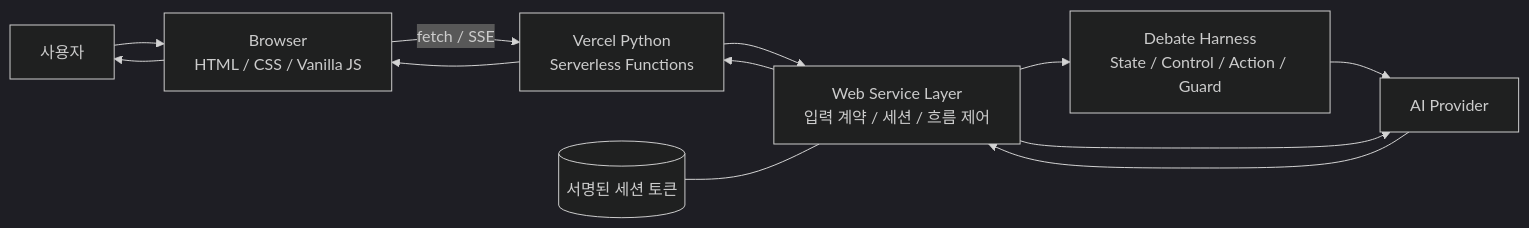
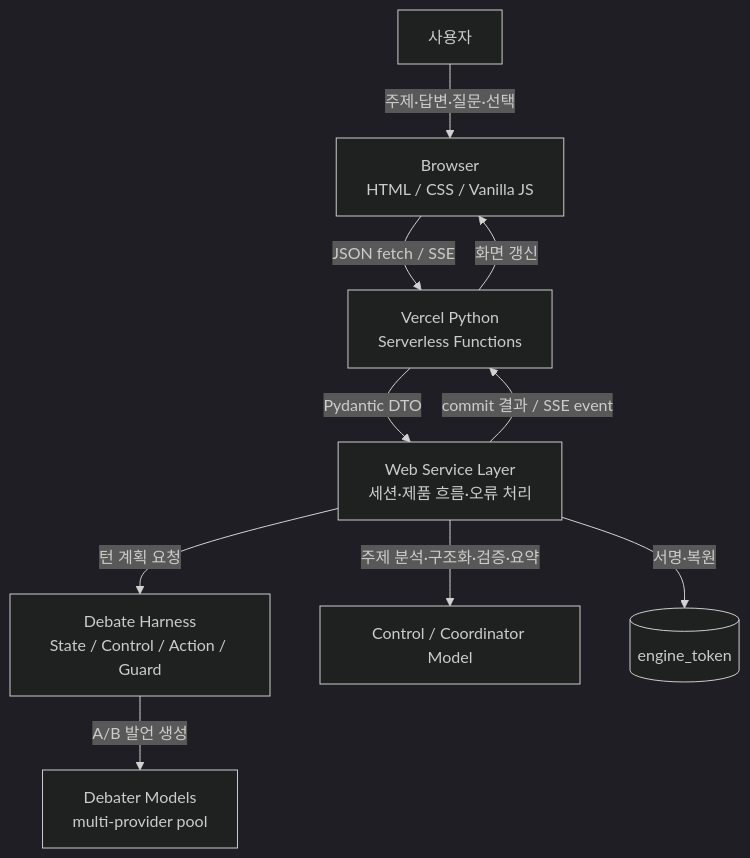
The third of 8 diagrams in README.md (hodob/A1-3), drawn with Mermaid (dark theme) before and after one commit. The commit also changed other lines of this file, not shown here.

Commit message:
Refine README visual architecture and readability

````diff
--- a/README.md
+++ b/README.md
@@ -21,15 +99,16 @@
 ```mermaid
-flowchart LR
-    U[사용자] --> B[Browser<br/>HTML / CSS / Vanilla JS]
-    B -->|fetch / SSE| API[Vercel Python<br/>Serverless Functions]
-    API --> W[Web Service Layer<br/>입력 계약 / 세션 / 흐름 제어]
-    W --> H[Debate Harness<br/>State / Control / Action / Guard]
-    W --> P[AI Provider]
-    H --> P
-    P --> W
-    W --> API
-    API --> B
-    B --> U
+flowchart TD
+    U[사용자] -->|주제·답변·질문·선택| B[Browser<br/>HTML / CSS / Vanilla JS]
 
-    T[(서명된 세션 토큰)] --- W
+    B -->|JSON fetch / SSE| API[Vercel Python<br/>Serverless Functions]
+    API -->|Pydantic DTO| W[Web Service Layer<br/>세션·제품 흐름·오류 처리]
+
+    W -->|턴 계획 요청| H[Debate Harness<br/>State / Control / Action / Guard]
+    H -->|A/B 발언 생성| D[Debater Models<br/>multi-provider pool]
+
+    W -->|주제 분석·구조화·검증·요약| C[Control / Coordinator Model]
+
+    W -->|서명·복원| T[(engine_token)]
+    W -->|commit 결과 / SSE event| API
+    API -->|화면 갱신| B
 ```
````
